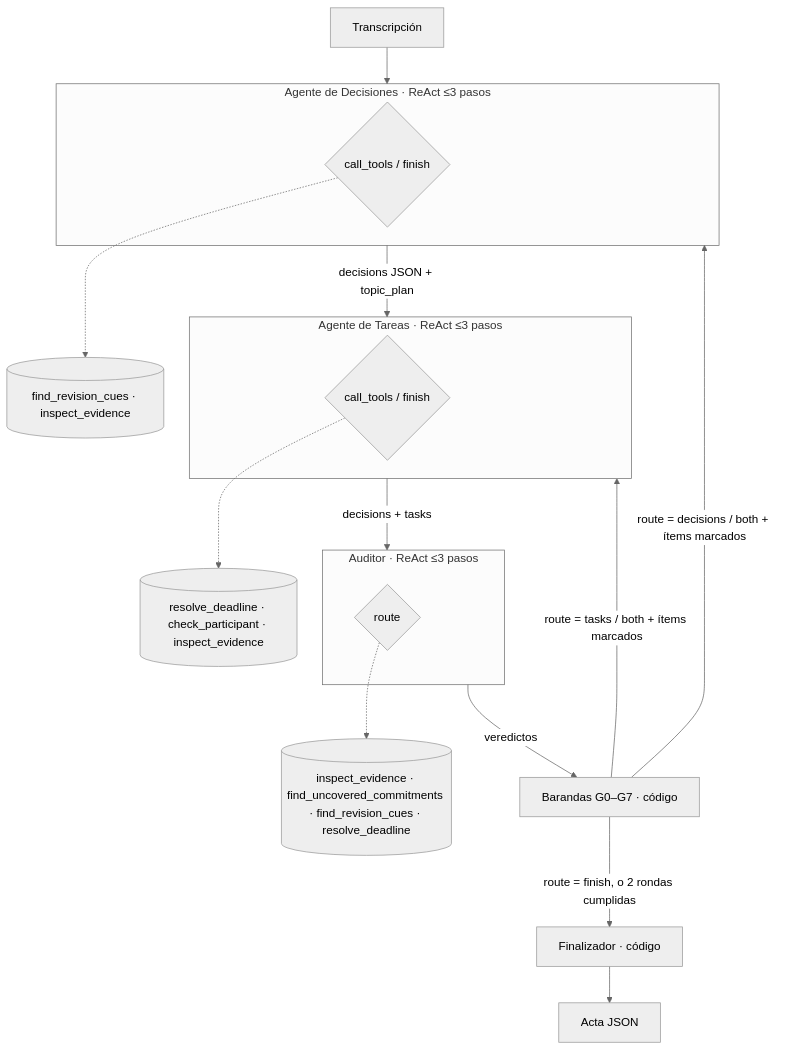
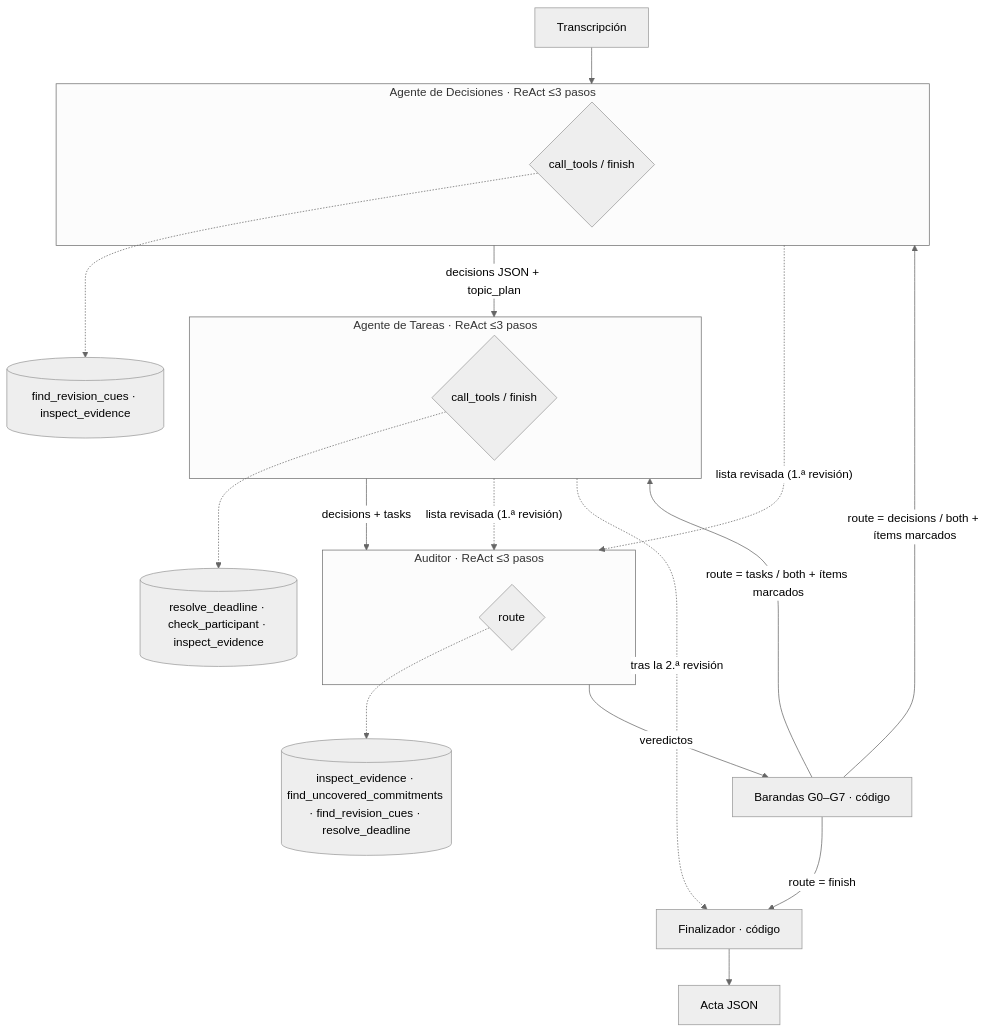
The diagram in deliverable3/README.md (benjaminnalvear-dev/genai-vio-meeting-minutes), drawn with Mermaid (neutral theme) before and after one commit. The commit also changed other lines of this file and 13 other files, not shown here.

````diff
--- a/deliverable3/README.md
+++ b/deliverable3/README.md
@@ -42,23 +42,26 @@
 ```mermaid
 flowchart TD
     T[Transcripción] --> D
     subgraph D[Agente de Decisiones · ReAct ≤3 pasos]
       D1{call_tools / finish}
     end
     D -- "decisions JSON + topic_plan" --> K
     subgraph K[Agente de Tareas · ReAct ≤3 pasos]
       K1{call_tools / finish}
     end
     K -- "decisions + tasks" --> A
     subgraph A[Auditor · ReAct ≤3 pasos]
       A1{route}
     end
     A -- "veredictos" --> G[Barandas G0–G7 · código]
     G -- "route = decisions / both + ítems marcados" --> D
     G -- "route = tasks / both + ítems marcados" --> K
-    G -- "route = finish, o 2 rondas cumplidas" --> F[Finalizador · código]
+    G -- "route = finish" --> F[Finalizador · código]
+    D -. "lista revisada (1.ª revisión)" .-> A
+    K -. "lista revisada (1.ª revisión)" .-> A
+    K -. "tras la 2.ª revisión" .-> F
     F --> O[Acta JSON]
     D1 -.-> H1[(find_revision_cues · inspect_evidence)]
     K1 -.-> H2[(resolve_deadline · check_participant · inspect_evidence)]
     A1 -.-> H3[(inspect_evidence · find_uncovered_commitments · find_revision_cues · resolve_deadline)]
 ```
````
